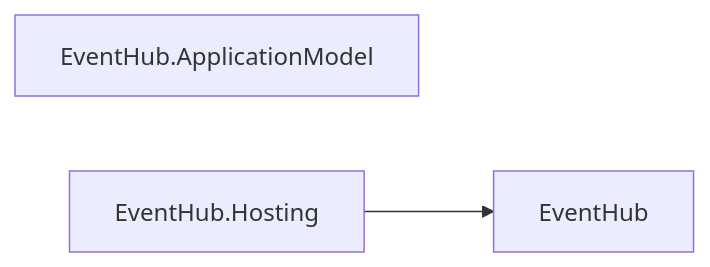
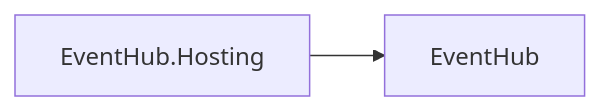
Diagram 15 of 27 in docs/DEPENDENCIES.md (assimalign/cohesion), drawn with Mermaid before and after one commit. The commit also changed other lines of this file and 441 other files, not shown here.

````diff
--- a/docs/DEPENDENCIES.md
+++ b/docs/DEPENDENCIES.md
@@ -703,7 +693,6 @@
 ```mermaid
 flowchart LR
     N0["EventHub"]
-    N1["EventHub.ApplicationModel"]
-    N2["EventHub.Hosting"]
-    N2 --> N0
+    N1["EventHub.Hosting"]
+    N1 --> N0
 ```
````
